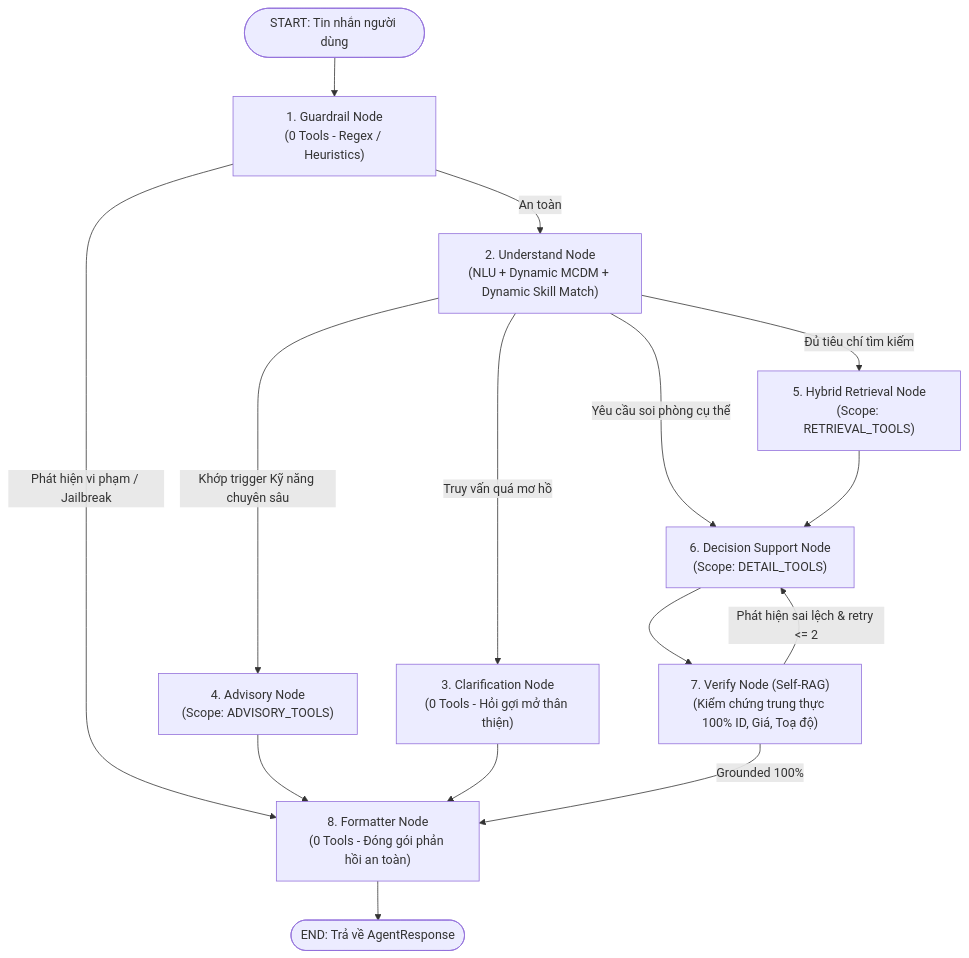
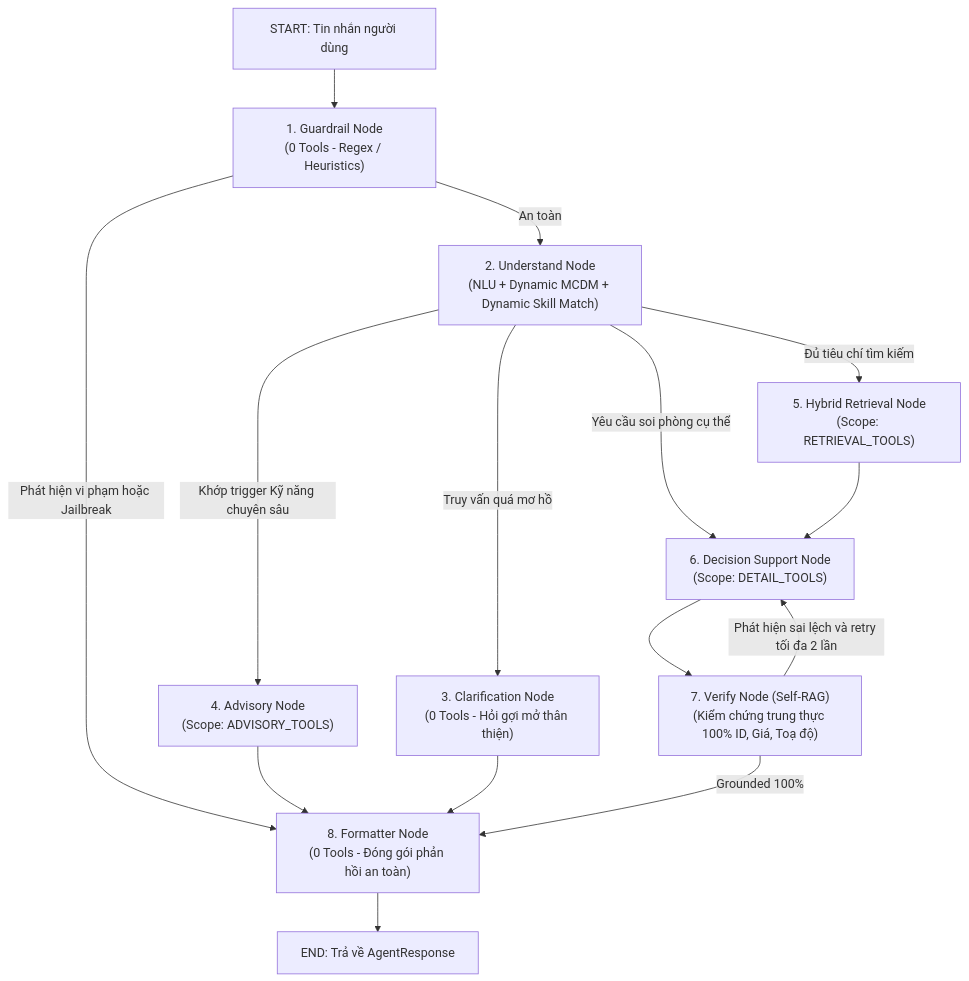
One commit to undead04/intelligent-room-rental changed the diagram in README.md. Above: the diagram before and after it, drawn with Mermaid. The commit also changed 3 other files, not shown here.

Commit message:
docs: fix Mermaid flowchart syntax across READMEs and feature spec

````diff
--- a/README.md
+++ b/README.md
@@ -209,22 +209,22 @@
 ```mermaid
 flowchart TD
-    START([START: Tin nhắn người dùng]) --> N1["1. Guardrail Node\n(0 Tools - Regex / Heuristics)"]
+    START["START: Tin nhắn người dùng"] --> N1["1. Guardrail Node<br/>(0 Tools - Regex / Heuristics)"]
     
-    N1 -->|Phát hiện vi phạm / Jailbreak| N8["8. Formatter Node\n(0 Tools - Đóng gói phản hồi an toàn)"]
-    N1 -->|An toàn| N2["2. Understand Node\n(NLU + Dynamic MCDM + Dynamic Skill Match)"]
+    N1 -->|Phát hiện vi phạm hoặc Jailbreak| N8["8. Formatter Node<br/>(0 Tools - Đóng gói phản hồi an toàn)"]
+    N1 -->|An toàn| N2["2. Understand Node<br/>(NLU + Dynamic MCDM + Dynamic Skill Match)"]
     
-    N2 -->|Khớp trigger Kỹ năng chuyên sâu| N4["4. Advisory Node\n(Scope: ADVISORY_TOOLS)"]
-    N2 -->|Truy vấn quá mơ hồ| N3["3. Clarification Node\n(0 Tools - Hỏi gợi mở thân thiện)"]
-    N2 -->|Yêu cầu soi phòng cụ thể| N6["6. Decision Support Node\n(Scope: DETAIL_TOOLS)"]
-    N2 -->|Đủ tiêu chí tìm kiếm| N5["5. Hybrid Retrieval Node\n(Scope: RETRIEVAL_TOOLS)"]
+    N2 -->|Khớp trigger Kỹ năng chuyên sâu| N4["4. Advisory Node<br/>(Scope: ADVISORY_TOOLS)"]
+    N2 -->|Truy vấn quá mơ hồ| N3["3. Clarification Node<br/>(0 Tools - Hỏi gợi mở thân thiện)"]
+    N2 -->|Yêu cầu soi phòng cụ thể| N6["6. Decision Support Node<br/>(Scope: DETAIL_TOOLS)"]
+    N2 -->|Đủ tiêu chí tìm kiếm| N5["5. Hybrid Retrieval Node<br/>(Scope: RETRIEVAL_TOOLS)"]
     
     N4 --> N8
     N3 --> N8
     N5 --> N6
     
-    N6 --> N7["7. Verify Node (Self-RAG)\n(Kiểm chứng trung thực 100% ID, Giá, Toạ độ)"]
-    N7 -->|Phát hiện sai lệch & retry <= 2| N6
+    N6 --> N7["7. Verify Node (Self-RAG)<br/>(Kiểm chứng trung thực 100% ID, Giá, Toạ độ)"]
+    N7 -->|Phát hiện sai lệch và retry tối đa 2 lần| N6
     N7 -->|Grounded 100%| N8
     
-    N8 --> END([END: Trả về AgentResponse])
+    N8 --> END["END: Trả về AgentResponse"]
 ```
````
